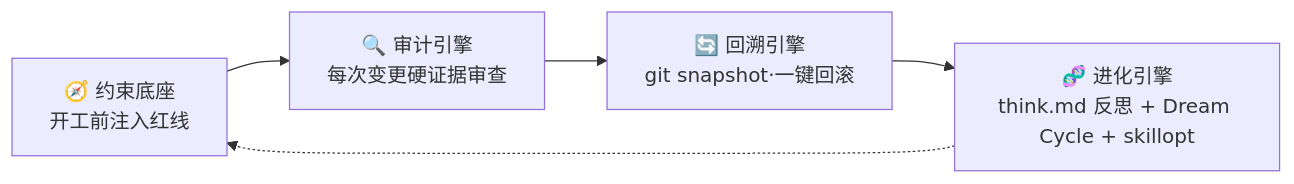
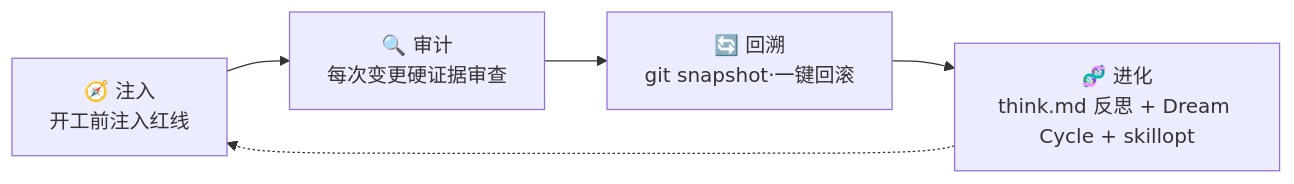
The second of 2 diagrams in README.md (KongFangXun/sofagent), drawn with Mermaid before and after one commit. The commit also changed other lines of this file and 34 other files, not shown here.

````diff
--- a/README.md
+++ b/README.md
@@ -336,7 +371,7 @@
 ```mermaid
 flowchart LR
-    CB[🧭 约束底座<br/>开工前注入红线] --> AU[🔍 审计引擎<br/>每次变更硬证据审查]
-    AU --> RE[🔄 回溯引擎<br/>git snapshot·一键回滚]
-    RE --> EV[🧬 进化引擎<br/>think.md 反思 + Dream Cycle + skillopt]
+    CB[🧭 注入<br/>开工前注入红线] --> AU[🔍 审计<br/>每次变更硬证据审查]
+    AU --> RE[🔄 回溯<br/>git snapshot·一键回滚]
+    RE --> EV[🧬 进化<br/>think.md 反思 + Dream Cycle + skillopt]
     EV -.-> CB
 ```
````
